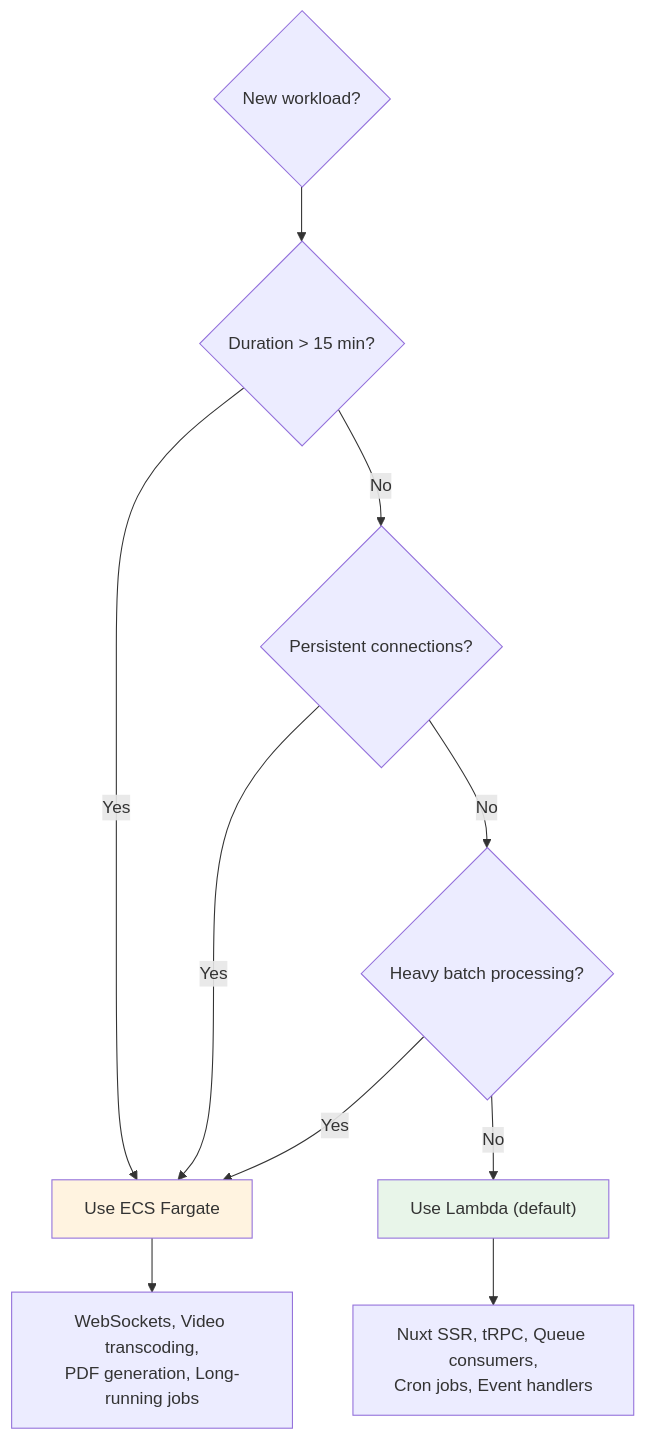
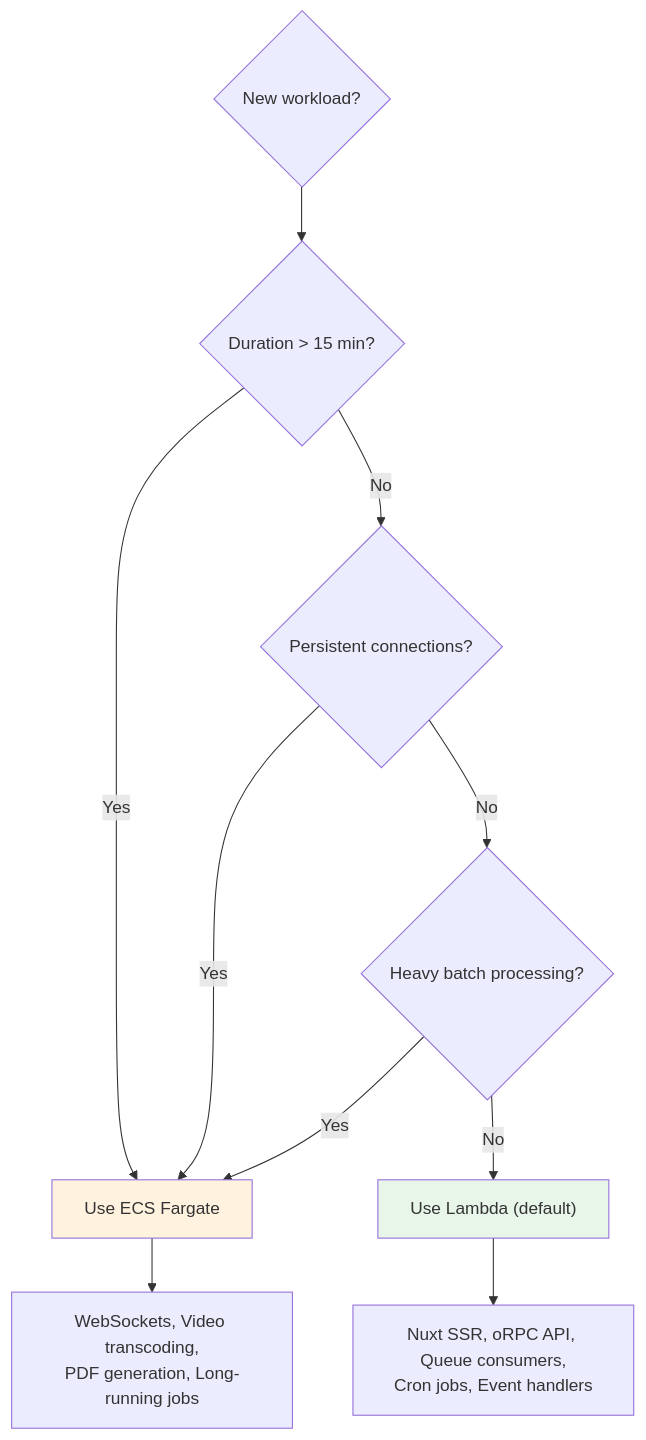
The diagram in docs/lambda-vs-ecs.md (jbejenar/ripple-next), drawn with Mermaid before and after one commit. The commit also changed other lines of this file and 12 other files, not shown here.

````diff
--- a/docs/lambda-vs-ecs.md
+++ b/docs/lambda-vs-ecs.md
@@ -5,17 +5,17 @@
 ```mermaid
 flowchart TD
     Start{New workload?}
     Start --> Q1{Duration > 15 min?}
     Q1 -->|Yes| ECS["Use ECS Fargate"]
     Q1 -->|No| Q2{Persistent connections?}
     Q2 -->|Yes| ECS
     Q2 -->|No| Q3{Heavy batch processing?}
     Q3 -->|Yes| ECS
     Q3 -->|No| Lambda["Use Lambda (default)"]
 
-    Lambda --> Examples1["Nuxt SSR, tRPC, Queue consumers,<br/>Cron jobs, Event handlers"]
+    Lambda --> Examples1["Nuxt SSR, oRPC API, Queue consumers,<br/>Cron jobs, Event handlers"]
     ECS --> Examples2["WebSockets, Video transcoding,<br/>PDF generation, Long-running jobs"]
 
     style Lambda fill:#e8f5e9
     style ECS fill:#fff3e0
 ```
````
